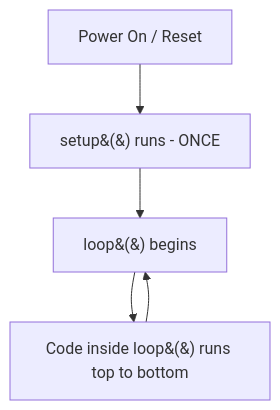
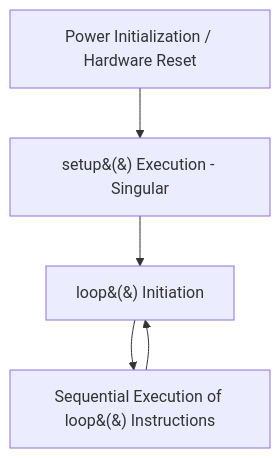
Before and after one commit to jithurx/learn: the first of 9 diagrams in src/content/docs/posts/intro-to-hardware/index.md, drawn with Mermaid. The commit also changed other lines of this file, not shown here.

Commit message:
refactor: modernize hardware intro documentation with formal terminology and updated structural guides

````diff
--- a/src/content/docs/posts/intro-to-hardware/index.md
+++ b/src/content/docs/posts/intro-to-hardware/index.md
@@ -96,7 +96,7 @@
 ```mermaid
 flowchart TD
-    A["Power On / Reset"] --> B["setup&#40;&#41; runs - ONCE"]
-    B --> C["loop&#40;&#41; begins"]
-    C --> D["Code inside loop&#40;&#41; runs top to bottom"]
+    A["Power Initialization / Hardware Reset"] --> B["setup&#40;&#41; Execution - Singular"]
+    B --> C["loop&#40;&#41; Initiation"]
+    C --> D["Sequential Execution of loop&#40;&#41; Instructions"]
     D --> C
 ```
````
